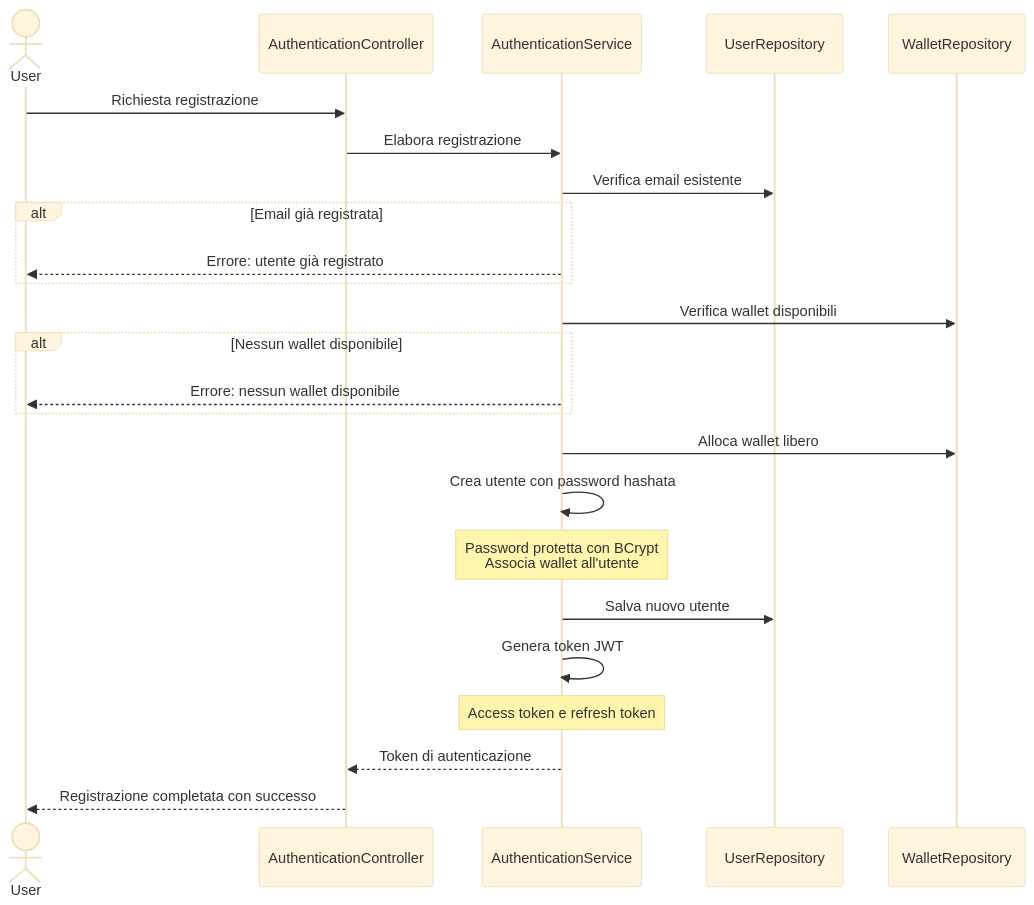
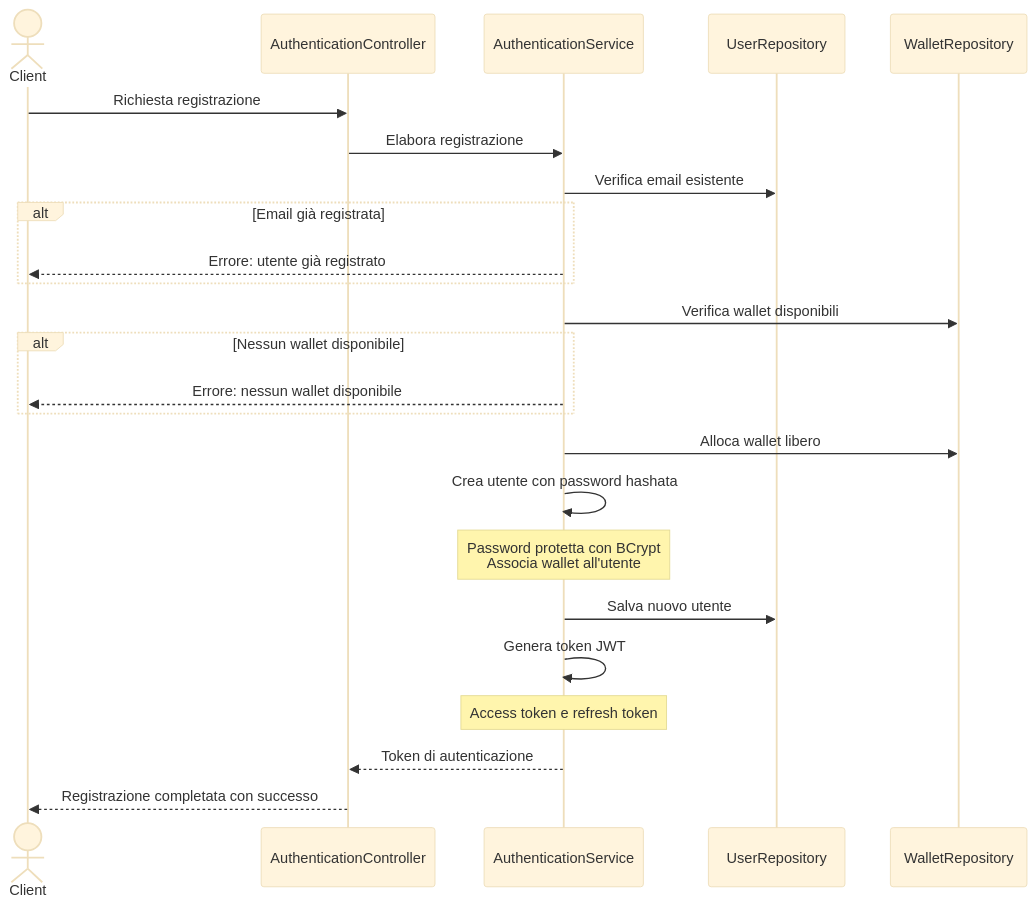
The diagram in docs/sequence-user-registration.md (s-lusito/TicketBlock-Ing_Sw), drawn with Mermaid (base theme) before and after one commit. The commit also changed 14 other files, not shown here.

Commit message:
Update diagrams: Client actor, blockchain errors, and add frontend class diagram

````diff
--- a/docs/sequence-user-registration.md
+++ b/docs/sequence-user-registration.md
@@ -5,36 +5,36 @@
 ```mermaid
 sequenceDiagram
-    actor User
+    actor Client
     participant AuthenticationController
     participant AuthenticationService
     participant UserRepository
     participant WalletRepository
 
-    User->>AuthenticationController: Richiesta registrazione
+    Client->>AuthenticationController: Richiesta registrazione
     AuthenticationController->>AuthenticationService: Elabora registrazione
     
     AuthenticationService->>UserRepository: Verifica email esistente
     
     alt Email già registrata
-        AuthenticationService-->>User: Errore: utente già registrato
+        AuthenticationService-->>Client: Errore: utente già registrato
     end
     
     AuthenticationService->>WalletRepository: Verifica wallet disponibili
     
     alt Nessun wallet disponibile
-        AuthenticationService-->>User: Errore: nessun wallet disponibile
+        AuthenticationService-->>Client: Errore: nessun wallet disponibile
     end
     
     AuthenticationService->>WalletRepository: Alloca wallet libero
     
     AuthenticationService->>AuthenticationService: Crea utente con password hashata
     Note over AuthenticationService: Password protetta con BCrypt<br/>Associa wallet all'utente
     
     AuthenticationService->>UserRepository: Salva nuovo utente
     
     AuthenticationService->>AuthenticationService: Genera token JWT
     Note over AuthenticationService: Access token e refresh token
     
     AuthenticationService-->>AuthenticationController: Token di autenticazione
-    AuthenticationController-->>User: Registrazione completata con successo
+    AuthenticationController-->>Client: Registrazione completata con successo
 ```
````
